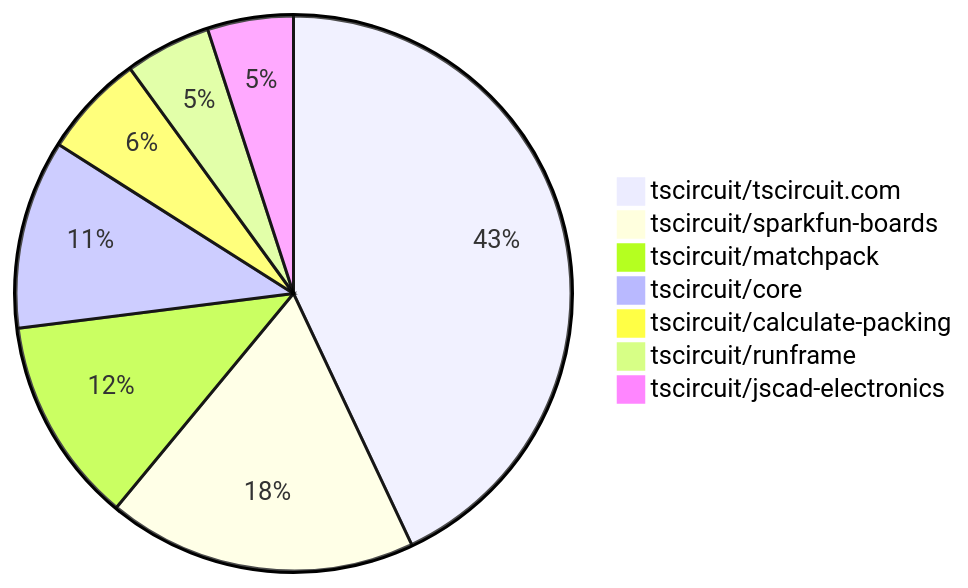
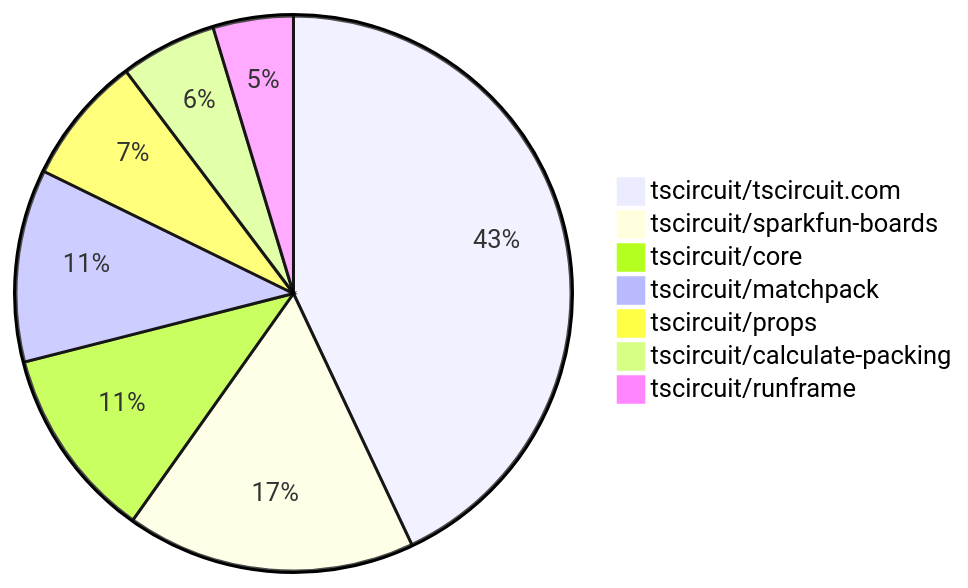
Before and after one commit to tscircuit/contribution-tracker: the second of 2 diagrams in README.md, drawn with Mermaid. The commit also changed other lines of this file and 3 other files, not shown here.

````diff
--- a/README.md
+++ b/README.md
@@ -103,10 +105,10 @@
 ```mermaid
 pie
-    "tscircuit/tscircuit.com" : 43
+    "tscircuit/tscircuit.com" : 46
     "tscircuit/sparkfun-boards" : 18
+    "tscircuit/core" : 12
     "tscircuit/matchpack" : 12
-    "tscircuit/core" : 11
+    "tscircuit/props" : 8
     "tscircuit/calculate-packing" : 6
     "tscircuit/runframe" : 5
-    "tscircuit/jscad-electronics" : 5
 ```
````
